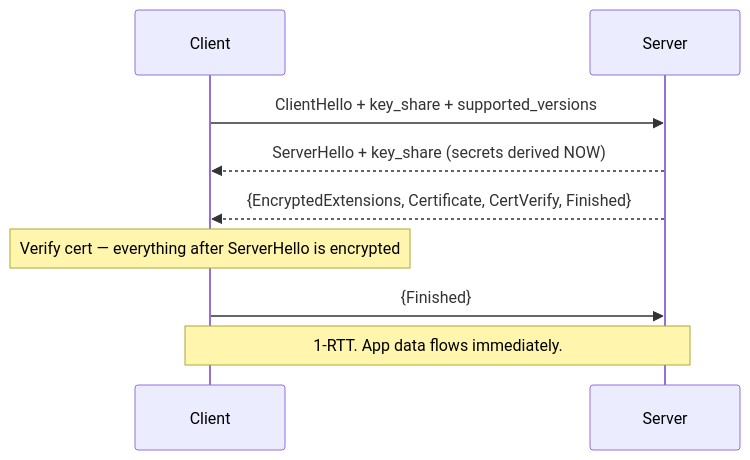
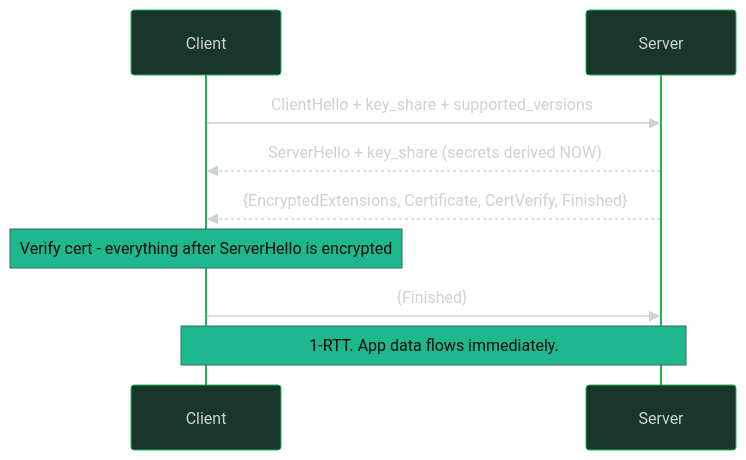
The second of 3 diagrams in computing-foundation-note/Computer Networks/02 Protocols/023 TLS & PKI Deep Dive.md (oat431/swe-knowledge), drawn with Mermaid before and after one commit. The commit also changed other lines of this file and 139 other files, not shown here.

````diff
--- a/computing-foundation-note/Computer Networks/02 Protocols/023 TLS & PKI Deep Dive.md
+++ b/computing-foundation-note/Computer Networks/02 Protocols/023 TLS & PKI Deep Dive.md
@@ -49,11 +50,12 @@
 ```mermaid
+%%{init: {'theme':'base','themeVariables':{'actorBkg':'#19362D','actorBorder':'#1FB854','actorTextColor':'#CDD3D1','actorLineColor':'#1FB854','signalColor':'#CDD3D1','signalTextColor':'#CDD3D1','labelBoxBkgColor':'#161212','labelBoxBorderColor':'#1FB854','labelTextColor':'#CDD3D1','loopTextColor':'#CAC9C9','noteBkgColor':'#1EB88E','noteTextColor':'#000C07','activationBkgColor':'#1EB88E','activationBorderColor':'#1FB8AB','sequenceNumberColor':'#000000','background':'#1B1717','titleColor':'#1FB854','edgeLabelBackground':'#161212','fontSize':'14px'}}}%%
 sequenceDiagram
     participant C as Client
     participant S as Server
     C->>S: ClientHello + key_share + supported_versions
     S-->>C: ServerHello + key_share (secrets derived NOW)
     S-->>C: {EncryptedExtensions, Certificate, CertVerify, Finished}
-    Note over C: Verify cert — everything after ServerHello is encrypted
+    Note over C: Verify cert - everything after ServerHello is encrypted
     C->>S: {Finished}
     Note over C,S: 1-RTT. App data flows immediately.
 ```
````
